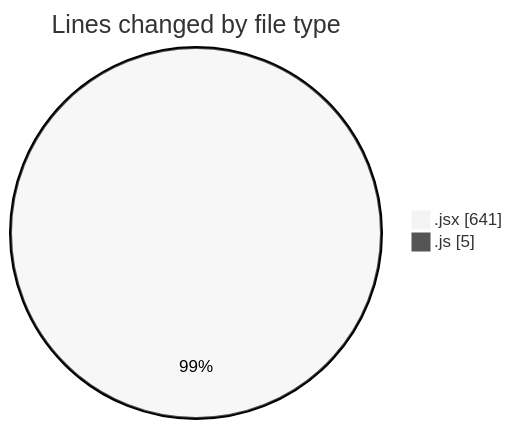
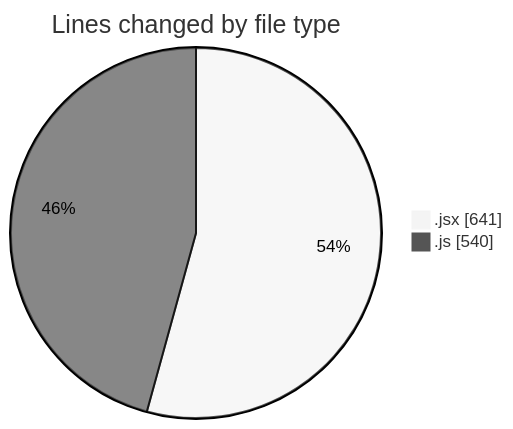
Before and after one commit to nxtqubesakshisongat/code-tracking: the first of 2 diagrams in 2025-06-28/argos/README.md, drawn with Mermaid (neutral theme). The commit also changed other lines of this file and 1 other file, not shown here.

````diff
--- a/2025-06-28/argos/README.md
+++ b/2025-06-28/argos/README.md
@@ -21,6 +23,6 @@
 ```mermaid
 pie showData
 title Lines changed by file type
 ".jsx" : 641
-".js" : 5
+".js" : 540
 ```
````
